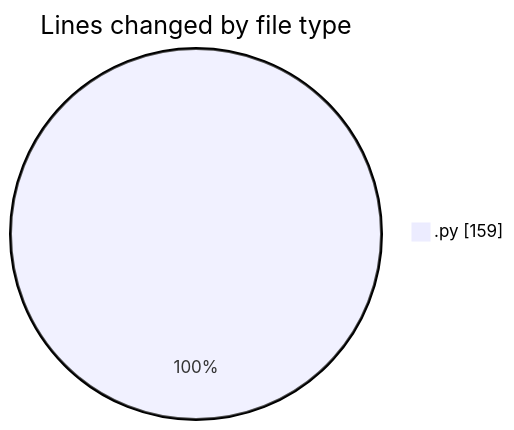
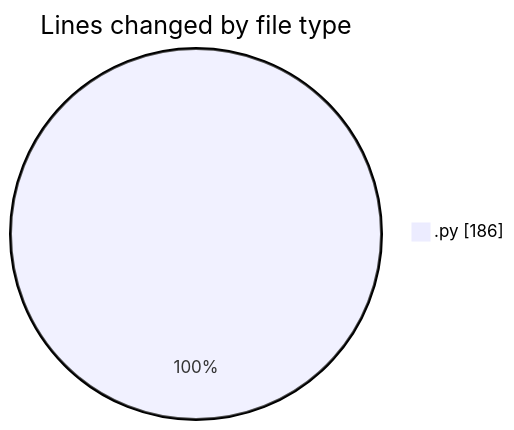
Before and after one commit to julien-gomy/code-tracking: the first of 2 diagrams in 2025-10-22/eventscop-api-guide__workspace_/README.md, drawn with Mermaid. The commit also changed other lines of this file and 1 other file, not shown here.

````diff
--- a/2025-10-22/eventscop-api-guide__workspace_/README.md
+++ b/2025-10-22/eventscop-api-guide__workspace_/README.md
@@ -22,5 +22,5 @@
 ```mermaid
 pie showData
 title Lines changed by file type
-".py" : 159
+".py" : 186
 ```
````
